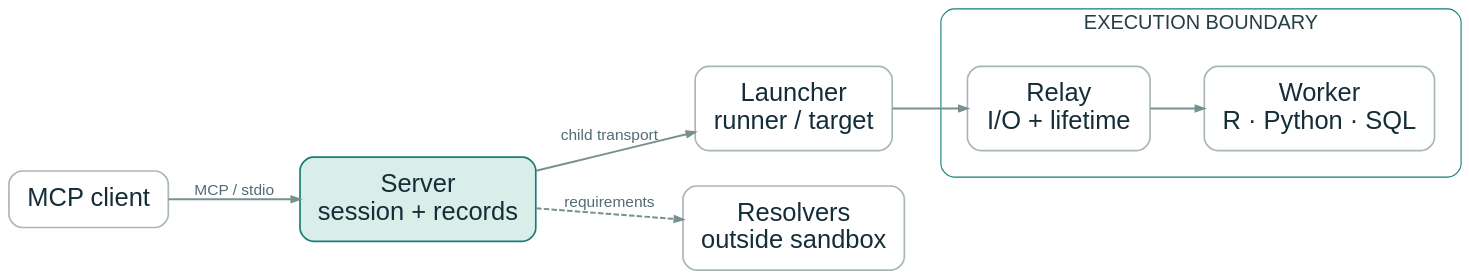
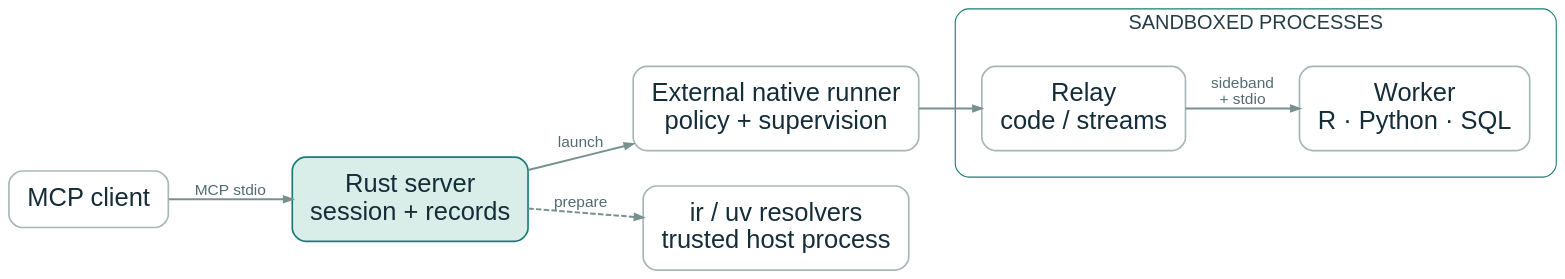
One commit to t-kalinowski/mcp-console-talk changed the diagram in diagrams/architecture.dot. Above: the diagram before and after it, drawn with Graphviz. The commit also changed 187 other files, not shown here.

```diff
--- a/diagrams/architecture.dot
+++ b/diagrams/architecture.dot
@@ -1,22 +1,22 @@
 digraph G {
  graph [rankdir=LR, bgcolor="transparent", pad="0.2", nodesep="0.45", ranksep="0.65", fontname="Arial", fontsize=18, fontcolor="#263d46"];
  node [shape=box, style="rounded,filled", fillcolor="#ffffff", color="#a9b6b6", penwidth=1.5, fontname="Arial", fontsize=18, fontcolor="#142d39", margin="0.22,0.18"];
  edge [color="#78908f", penwidth=1.8, arrowsize=0.75, fontname="Arial", fontsize=14, fontcolor="#536b72"];
 
 node [fontsize=23];
 client [label="MCP client"];
-server [label="Server\nsession + records", fillcolor="#d9eee9", color="#167d76"];
-launcher [label="Launcher\nrunner / target"];
-subgraph cluster_boundary {
- label="EXECUTION BOUNDARY"; color="#167d76"; style="rounded"; margin=24;
- relay [label="Relay\nI/O + lifetime"];
+server [label="Rust server\nsession + records", fillcolor="#d9eee9", color="#167d76"];
+runner [label="External native runner\npolicy + supervision"];
+subgraph cluster_sandbox {
+ label="SANDBOXED PROCESSES"; color="#167d76"; style="rounded"; margin=24;
+ relay [label="Relay\ncode / streams"];
  worker [label="Worker\nR · Python · SQL"];
- relay -> worker;
+ relay -> worker [label="sideband\n+ stdio"];
 }
-resolver [label="Resolvers\noutside sandbox"];
-client -> server [label="MCP / stdio"];
-server -> launcher [label="child transport"];
-launcher -> relay;
-server -> resolver [label="requirements", style=dashed];
+resolver [label="ir / uv resolvers\ntrusted host process"];
+client -> server [label="MCP stdio"];
+server -> runner [label="launch"];
+runner -> relay;
+server -> resolver [label="prepare", style=dashed];
 
 }
```
